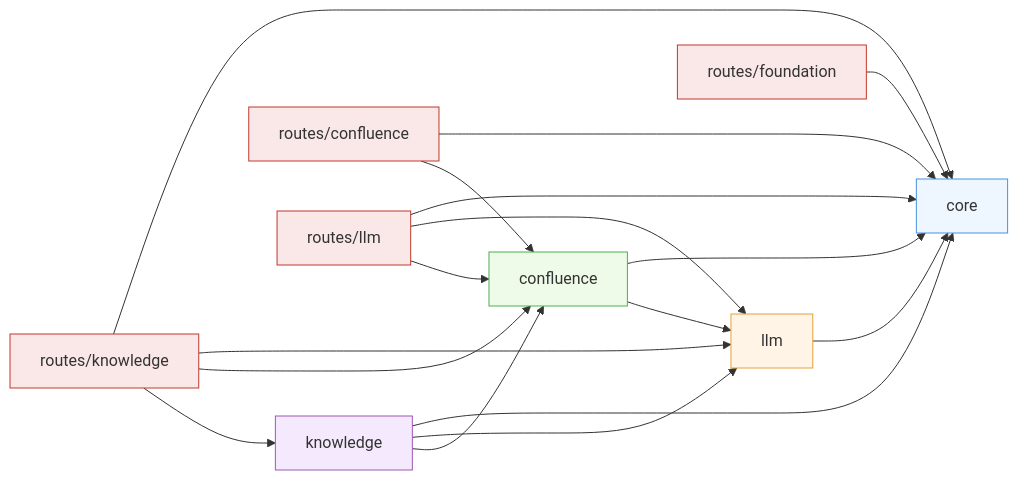
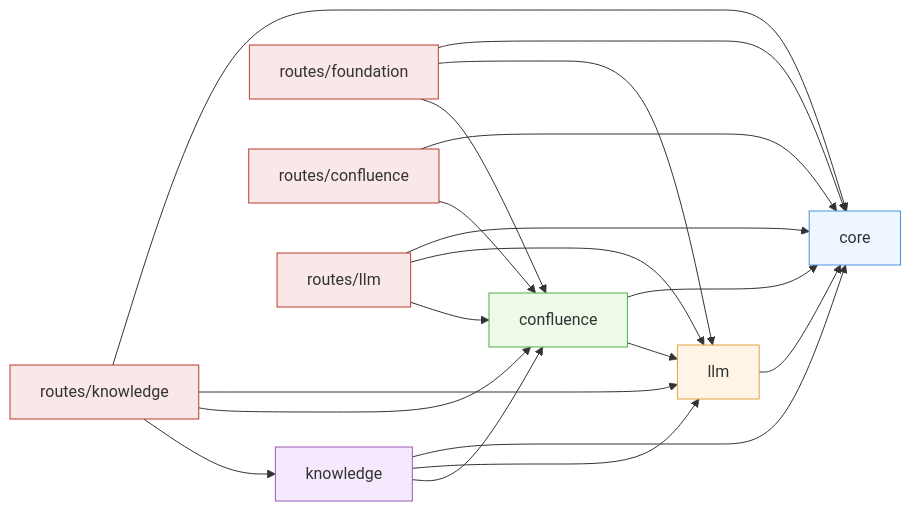
The second of 2 diagrams in docs/architecture/03-backend-domains.md (Compendiq/compendiq-ce), drawn with Mermaid before and after one commit. The commit also changed other lines of this file and 4 other files, not shown here.

````diff
--- a/docs/architecture/03-backend-domains.md
+++ b/docs/architecture/03-backend-domains.md
@@ -58,35 +58,37 @@
 ```mermaid
 flowchart LR
     classDef core fill:#eef6ff,stroke:#4a90e2
     classDef llm fill:#fff4e5,stroke:#e5a23c
     classDef conf fill:#eefbe8,stroke:#4caf50
     classDef know fill:#f5eafd,stroke:#9b59b6
     classDef route fill:#fae8e8,stroke:#c0392b
 
     core[core]:::core
     llm[llm]:::llm
     conf[confluence]:::conf
     know[knowledge]:::know
     rF[routes/foundation]:::route
     rC[routes/confluence]:::route
     rL[routes/llm]:::route
     rK[routes/knowledge]:::route
 
     llm --> core
     conf --> core
     conf --> llm
     know --> core
     know --> llm
     know --> conf
 
     rF --> core
+    rF --> llm
+    rF --> conf
     rC --> core
     rC --> conf
     rL --> core
     rL --> llm
     rL --> conf
     rK --> core
     rK --> llm
     rK --> conf
     rK --> know
 ```
````
